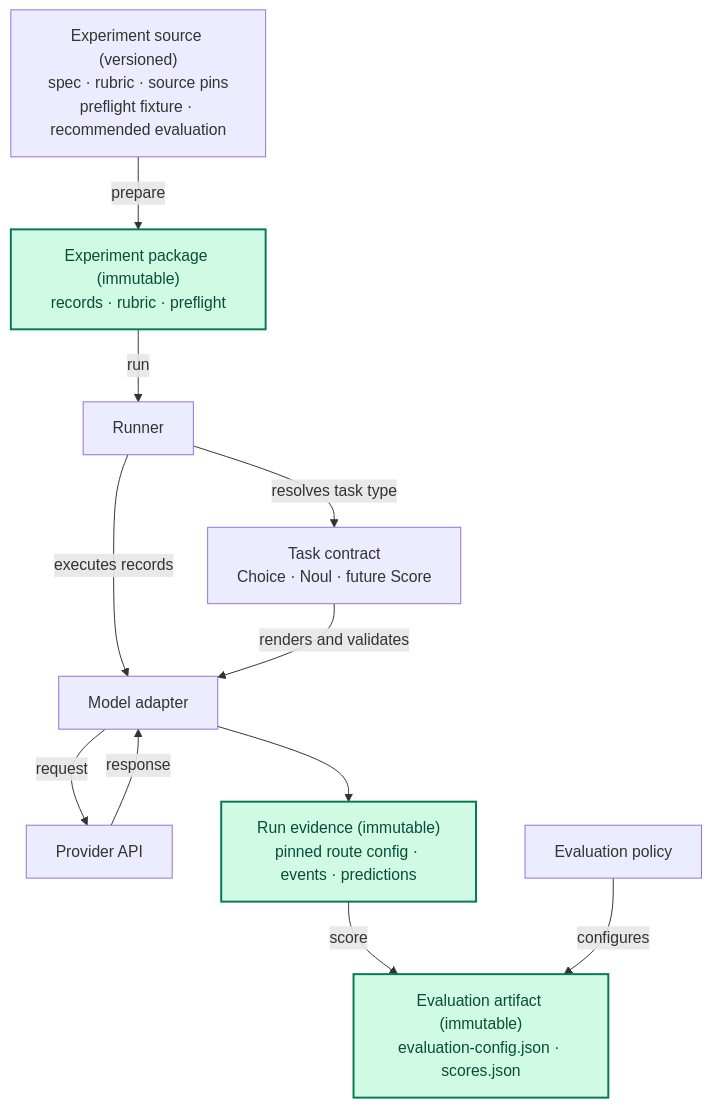
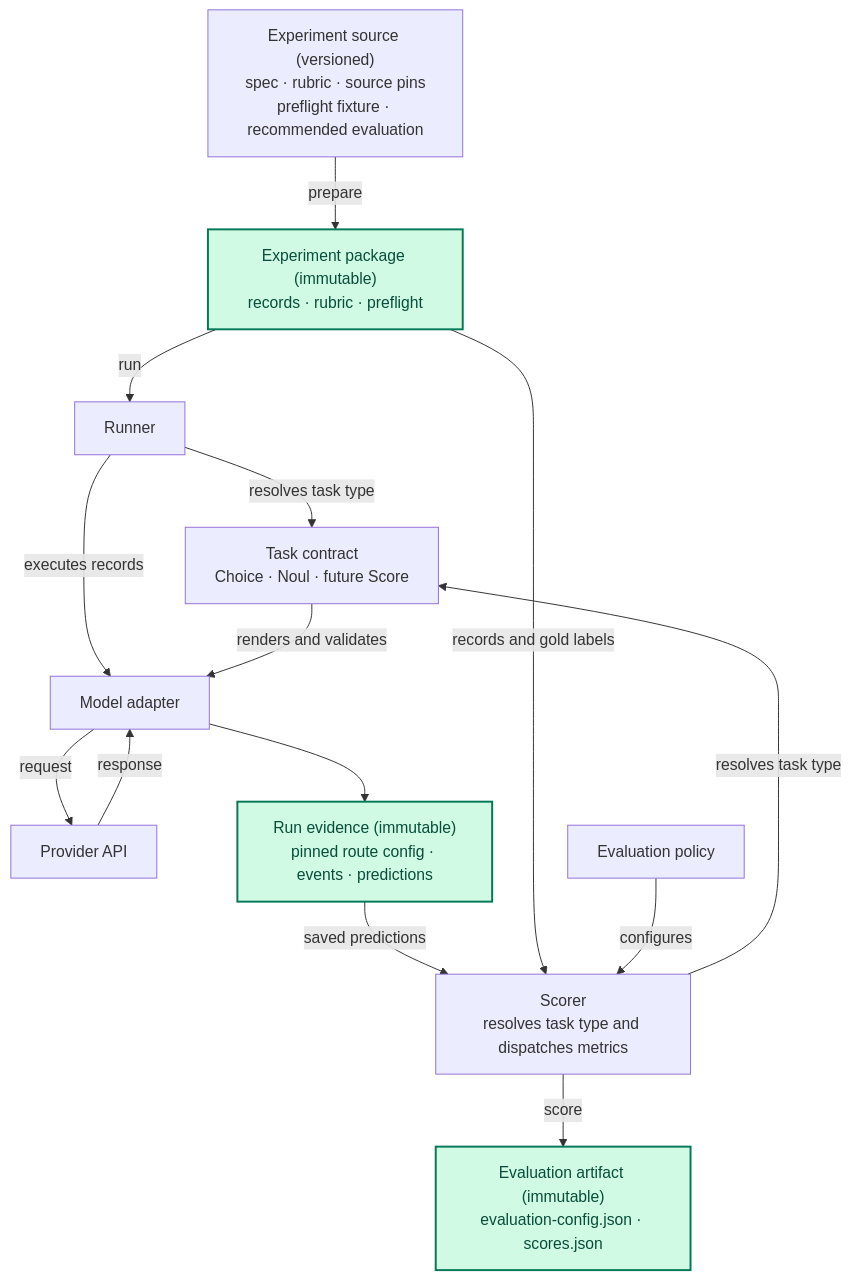
One commit to Tenkei/jev-decision-bench changed the diagram in docs/architecture.md. Above: the diagram before and after it, drawn with Mermaid. The commit also changed other lines of this file, not shown here.

Commit message:
Show scorer task dispatch in architecture

````diff
--- a/docs/architecture.md
+++ b/docs/architecture.md
@@ -8,26 +8,30 @@
 ```mermaid
 flowchart TD
     source["Experiment source (versioned)<br/>spec · rubric · source pins<br/>preflight fixture · recommended evaluation"]
     package["Experiment package (immutable)<br/>records · rubric · preflight"]
     runner["Runner"]
     contract["Task contract<br/>Choice · Noul · future Score"]
     adapter["Model adapter"]
     provider["Provider API"]
     run["Run evidence (immutable)<br/>pinned route config · events · predictions"]
     policy["Evaluation policy"]
+    scorer["Scorer<br/>resolves task type and dispatches metrics"]
     evaluation["Evaluation artifact (immutable)<br/>evaluation-config.json · scores.json"]
 
     source -->|prepare| package
     package -->|run| runner
     runner -->|resolves task type| contract
     runner -->|executes records| adapter
     contract -->|renders and validates| adapter
     adapter -->|request| provider
     provider -->|response| adapter
     adapter --> run
-    run -->|score| evaluation
-    policy -->|configures| evaluation
+    run -->|saved predictions| scorer
+    package -->|records and gold labels| scorer
+    scorer -->|resolves task type| contract
+    policy -->|configures| scorer
+    scorer -->|score| evaluation
 
     classDef immutable fill:#d1fae5,stroke:#047857,color:#064e3b,stroke-width:2px
     class package,run,evaluation immutable
 ```
````
